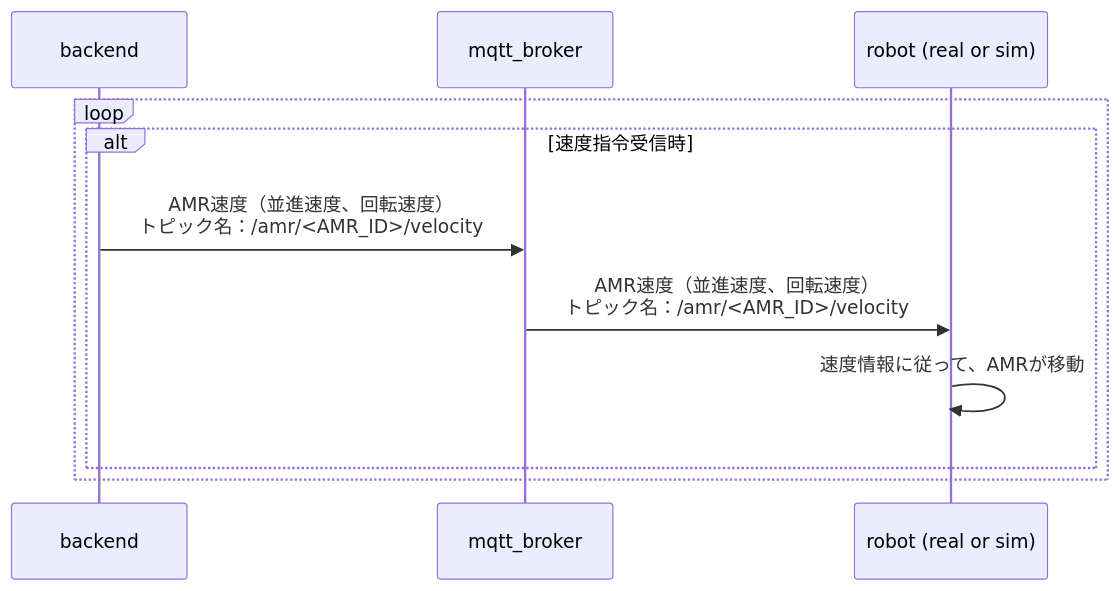
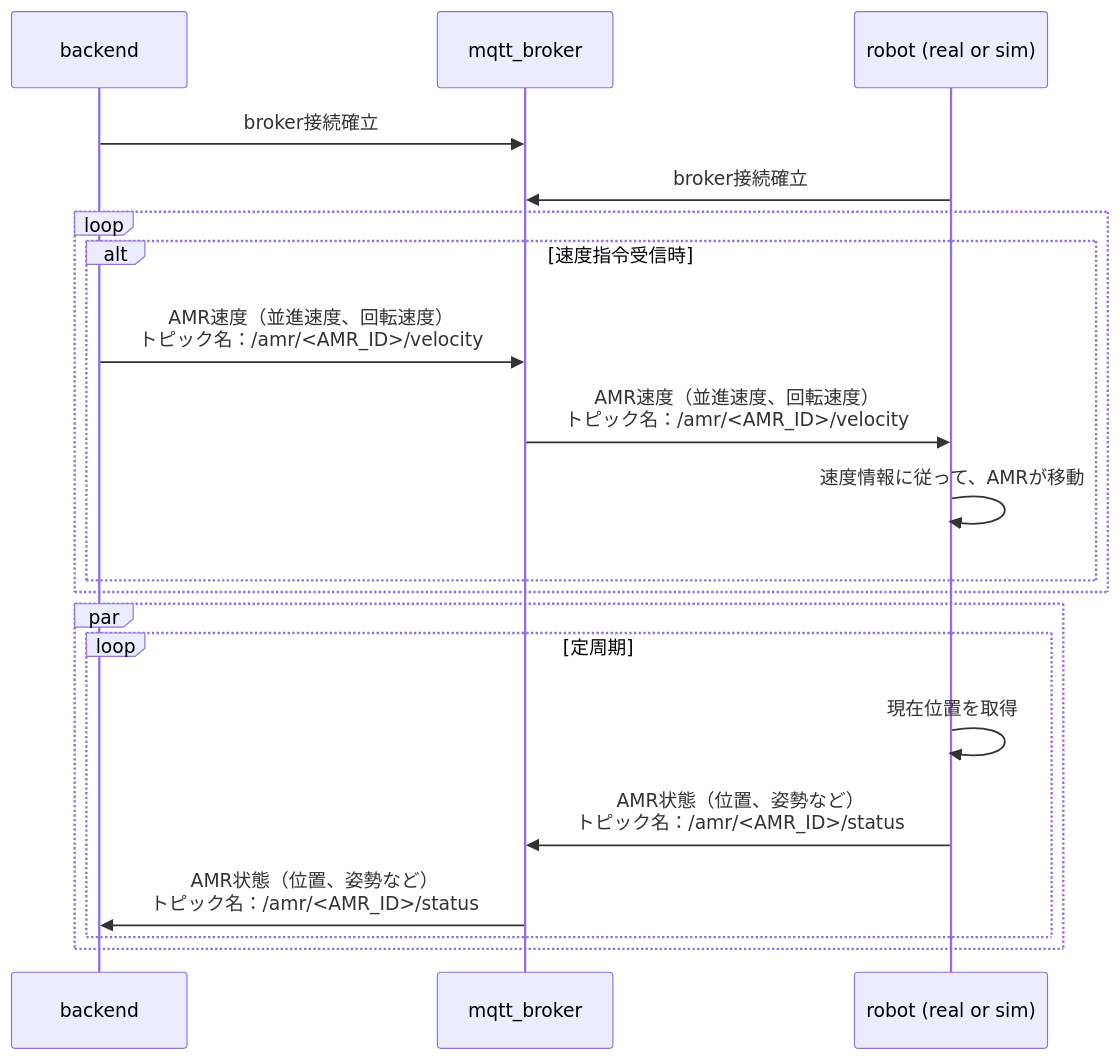
The first of 10 diagrams in README.md (akinami3/robot-ml-web-app), drawn with Mermaid before and after one commit. The commit also changed other lines of this file, not shown here.

````diff
--- a/README.md
+++ b/README.md
@@ -37,14 +10,24 @@
 ```mermaid
 sequenceDiagram
   participant backend
   participant mqtt_broker
   participant robot as robot (real or sim)
 
+  backend ->> mqtt_broker: broker接続確立
+  robot ->> mqtt_broker: broker接続確立
   loop
     alt　速度指令受信時
       backend ->> mqtt_broker: AMR速度（並進速度、回転速度）<br>トピック名：/amr/<AMR_ID>/velocity
       mqtt_broker ->> robot: AMR速度（並進速度、回転速度）<br>トピック名：/amr/<AMR_ID>/velocity
       robot ->> robot: 速度情報に従って、AMRが移動
     end
   end
+
+  par
+    loop 定周期
+      robot ->> robot: 現在位置を取得
+      robot ->> mqtt_broker: AMR状態（位置、姿勢など）<br>トピック名：/amr/<AMR_ID>/status
+      mqtt_broker ->> backend: AMR状態（位置、姿勢など）<br>トピック名：/amr/<AMR_ID>/status
+    end
+  end
 ```
````
